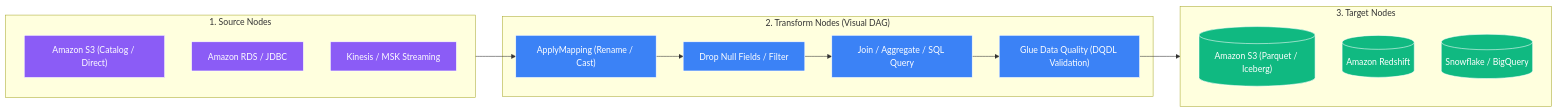
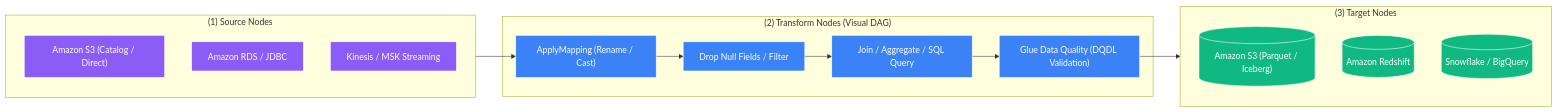
The diagram in content/en/02-services/analytics-streaming/glue/glue-studio.md (Wathon/aws-dea-c01-note), drawn with Mermaid before and after one commit. The commit also changed 49 other files, not shown here.

Commit message:
Fix 'Unsupported markdown: list' Mermaid rendering issues across all English and Burmese notes

````diff
--- a/content/en/02-services/analytics-streaming/glue/glue-studio.md
+++ b/content/en/02-services/analytics-streaming/glue/glue-studio.md
@@ -30,35 +30,35 @@
 ```mermaid
 graph LR
-    subgraph SourceNodes["1. Source Nodes"]
+    subgraph SourceNodes["(1) Source Nodes"]
         S3In["Amazon S3 (Catalog / Direct)"]
         RDSIn["Amazon RDS / JDBC"]
         KinesisIn["Kinesis / MSK Streaming"]
     end
 
-    subgraph TransformNodes["2. Transform Nodes (Visual DAG)"]
+    subgraph TransformNodes["(2) Transform Nodes (Visual DAG)"]
         ApplyMap["ApplyMapping (Rename / Cast)"]
         DropNull["Drop Null Fields / Filter"]
         JoinNode["Join / Aggregate / SQL Query"]
         DQNode["Glue Data Quality (DQDL Validation)"]
     end
 
-    subgraph TargetNodes["3. Target Nodes"]
+    subgraph TargetNodes["(3) Target Nodes"]
         S3Out[("Amazon S3 (Parquet / Iceberg)")]
         RedshiftOut[("Amazon Redshift")]
         SnowflakeOut[("Snowflake / BigQuery")]
     end
 
     SourceNodes --> ApplyMap
     ApplyMap --> DropNull
     DropNull --> JoinNode
     JoinNode --> DQNode
     DQNode --> TargetNodes
 
     classDef src fill:#8b5cf6,stroke:#fff,stroke-width:1px,color:#fff;
     classDef trans fill:#3b82f6,stroke:#fff,stroke-width:1px,color:#fff;
     classDef tgt fill:#10b981,stroke:#fff,stroke-width:1px,color:#fff;
 
     class S3In,RDSIn,KinesisIn src;
     class ApplyMap,DropNull,JoinNode,DQNode trans;
     class S3Out,RedshiftOut,SnowflakeOut tgt;
 ```
````
